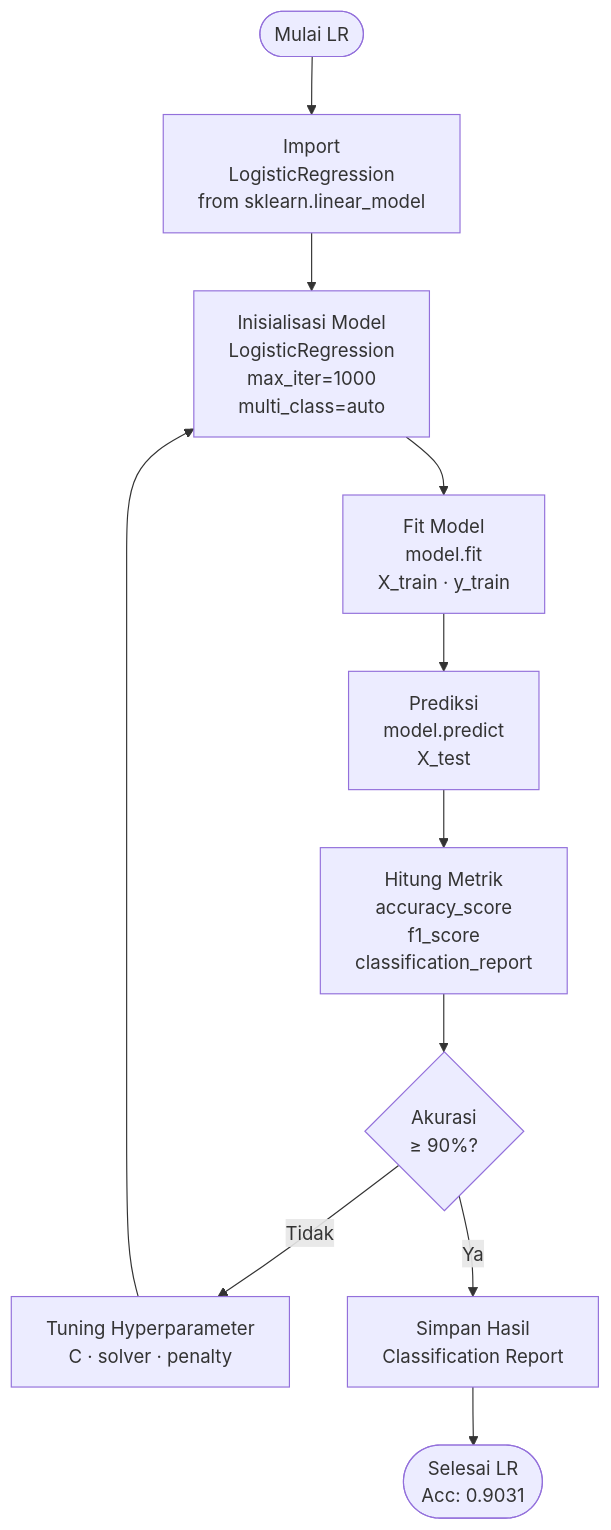
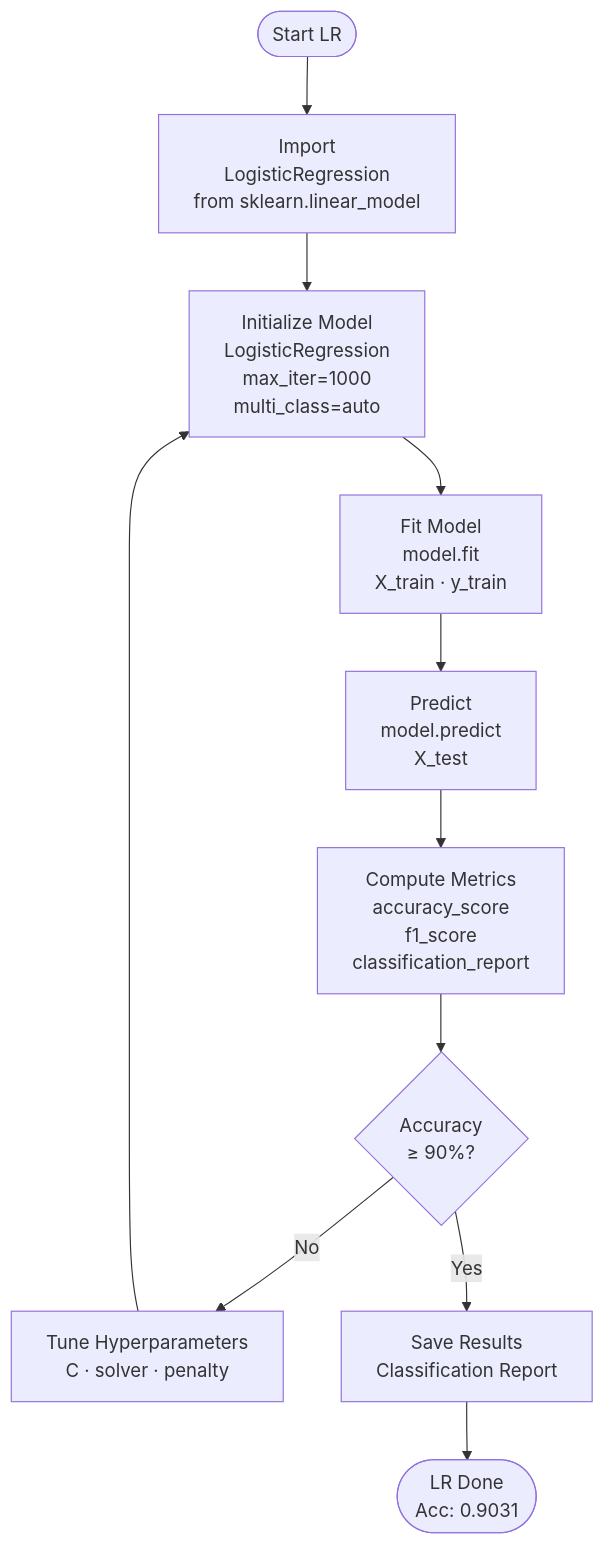
The third of 7 diagrams in doc/flowchart.md (izzaalfiansyah/shabrinas-journal), drawn with Mermaid before and after one commit. The commit also changed other lines of this file, not shown here.

Commit message:
chore(doc): update flowchart in English Language

````diff
--- a/doc/flowchart.md
+++ b/doc/flowchart.md
@@ -55,13 +55,13 @@
 ```mermaid
 flowchart TD
-    A([Mulai LR]) --> B[Import\nLogisticRegression\nfrom sklearn.linear_model]
-    B --> C[Inisialisasi Model\nLogisticRegression\nmax_iter=1000\nmulti_class=auto]
+    A([Start LR]) --> B[Import\nLogisticRegression\nfrom sklearn.linear_model]
+    B --> C[Initialize Model\nLogisticRegression\nmax_iter=1000\nmulti_class=auto]
     C --> D[Fit Model\nmodel.fit\nX_train · y_train]
-    D --> E[Prediksi\nmodel.predict\nX_test]
-    E --> F[Hitung Metrik\naccuracy_score\nf1_score\nclassification_report]
-    F --> G{Akurasi\n≥ 90%?}
-    G -- Tidak --> H[Tuning Hyperparameter\nC · solver · penalty]
+    D --> E[Predict\nmodel.predict\nX_test]
+    E --> F[Compute Metrics\naccuracy_score\nf1_score\nclassification_report]
+    F --> G{Accuracy\n≥ 90%?}
+    G -- No --> H[Tune Hyperparameters\nC · solver · penalty]
     H --> C
-    G -- Ya --> I[Simpan Hasil\nClassification Report]
-    I --> J([Selesai LR\nAcc: 0.9031])
+    G -- Yes --> I[Save Results\nClassification Report]
+    I --> J([LR Done\nAcc: 0.9031])
 ```
````
